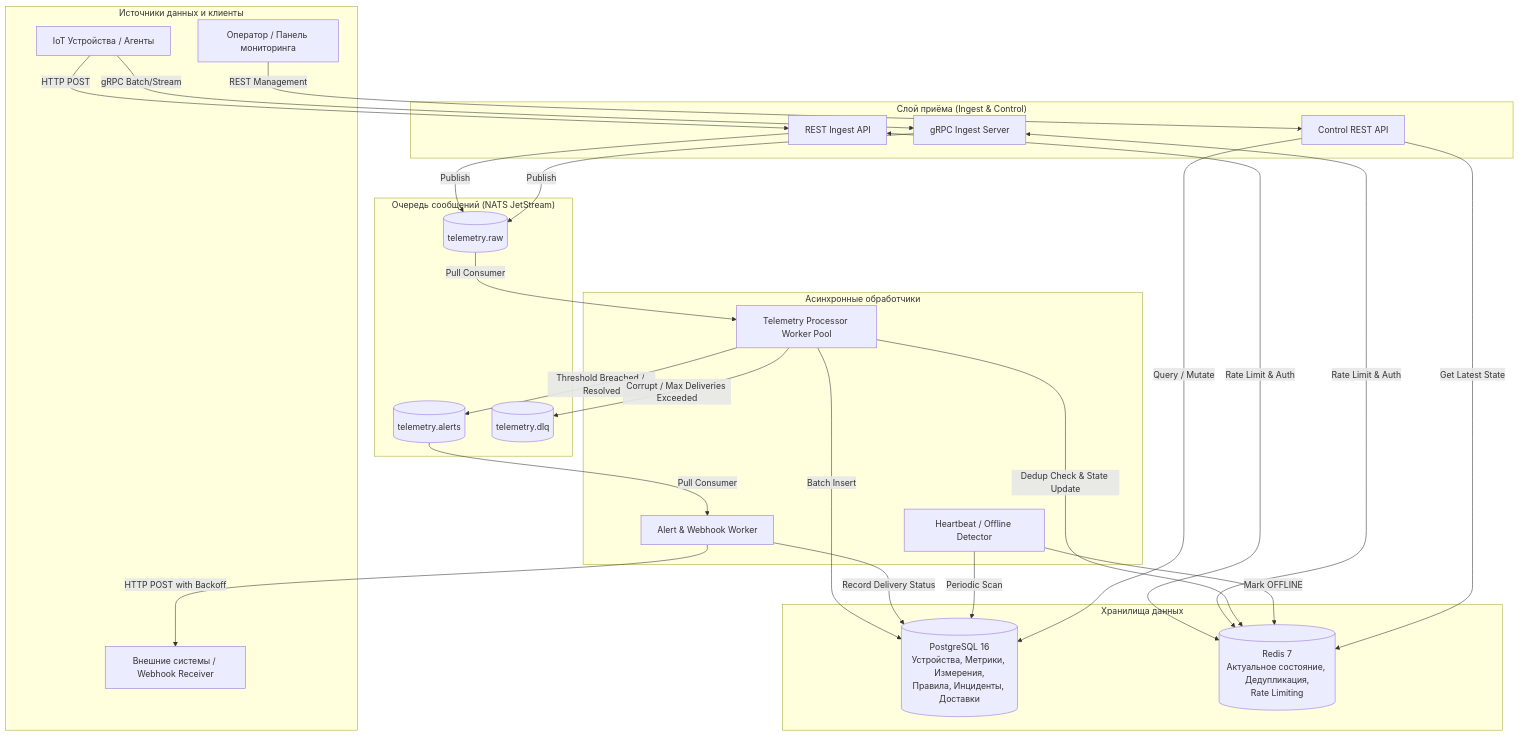
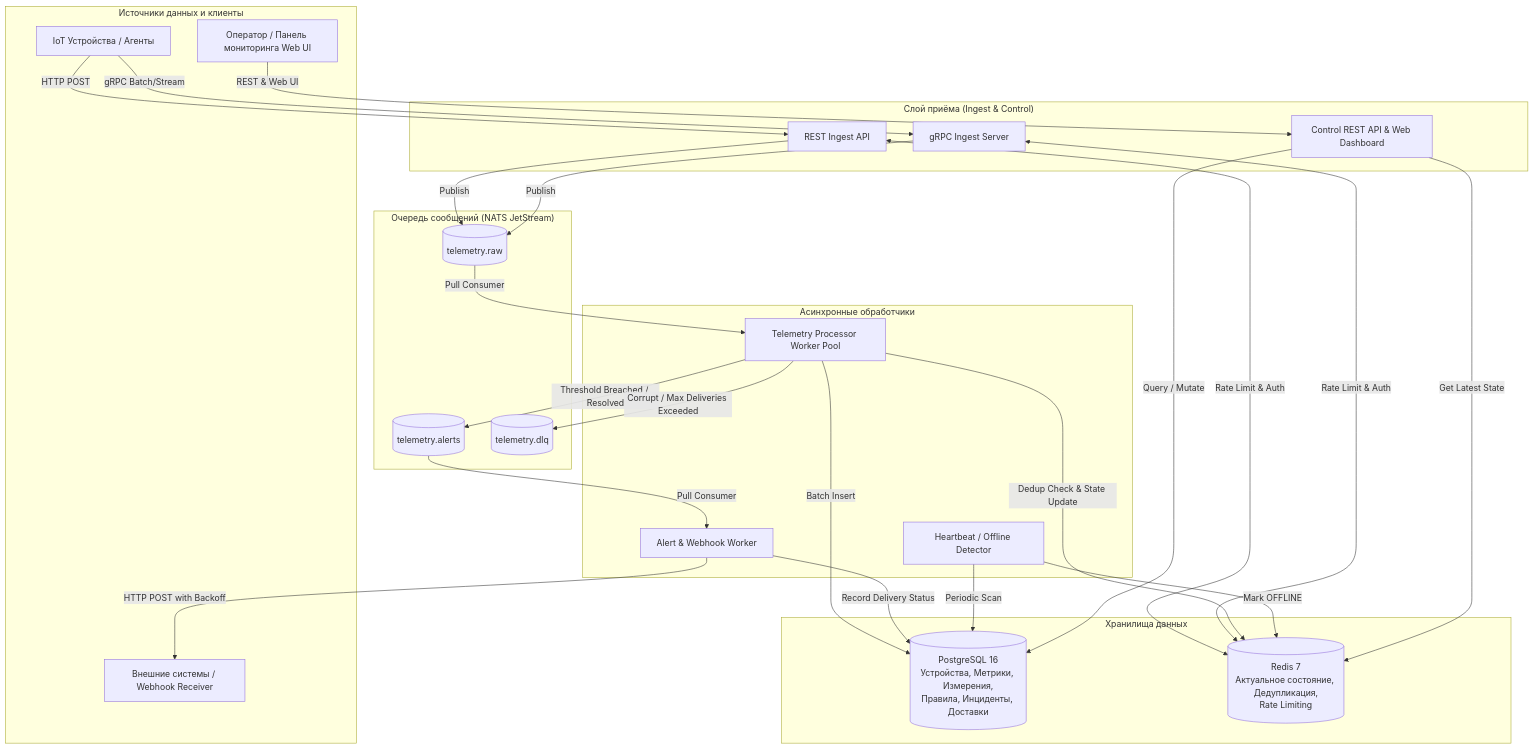
One commit to mensferrea/DevicePulse changed the first of 5 diagrams in README.md. Above: the diagram before and after it, drawn with Mermaid. The commit also changed other lines of this file, not shown here.

Commit message:
docs: document web dashboard in README

````diff
--- a/README.md
+++ b/README.md
@@ -20,57 +21,57 @@
 ```mermaid
 flowchart TD
     subgraph Clients["Источники данных и клиенты"]
         A[IoT Устройства / Агенты]
-        B[Оператор / Панель мониторинга]
+        B[Оператор / Панель мониторинга Web UI]
         C[Внешние системы / Webhook Receiver]
     end
 
     subgraph TransportLayer["Слой приёма (Ingest & Control)"]
         D[REST Ingest API]
         E[gRPC Ingest Server]
-        F[Control REST API]
+        F[Control REST API & Web Dashboard]
     end
 
     subgraph MessageBroker["Очередь сообщений (NATS JetStream)"]
         G[(telemetry.raw)]
         H[(telemetry.alerts)]
         I[(telemetry.dlq)]
     end
 
     subgraph AsyncProcessing["Асинхронные обработчики"]
         J[Telemetry Processor Worker Pool]
         K[Alert & Webhook Worker]
         L[Heartbeat / Offline Detector]
     end
 
     subgraph Storage["Хранилища данных"]
         M[(PostgreSQL 16\nУстройства, Метрики, Измерения,\nПравила, Инциденты, Доставки)]
         N[(Redis 7\nАктуальное состояние, Дедупликация,\nRate Limiting)]
     end
 
     A -->|HTTP POST| D
     A -->|gRPC Batch/Stream| E
-    B -->|REST Management| F
+    B -->|REST & Web UI| F
 
     D -->|Publish| G
     E -->|Publish| G
 
     D <-->|Rate Limit & Auth| N
     E <-->|Rate Limit & Auth| N
 
     G -->|Pull Consumer| J
     J -->|Dedup Check & State Update| N
     J -->|Batch Insert| M
     J -->|Threshold Breached / Resolved| H
     J -->|Corrupt / Max Deliveries Exceeded| I
 
     H -->|Pull Consumer| K
     K -->|HTTP POST with Backoff| C
     K -->|Record Delivery Status| M
 
     L -->|Periodic Scan| M
     L -->|Mark OFFLINE| N
 
     F -->|Query / Mutate| M
     F -->|Get Latest State| N
 ```
````
